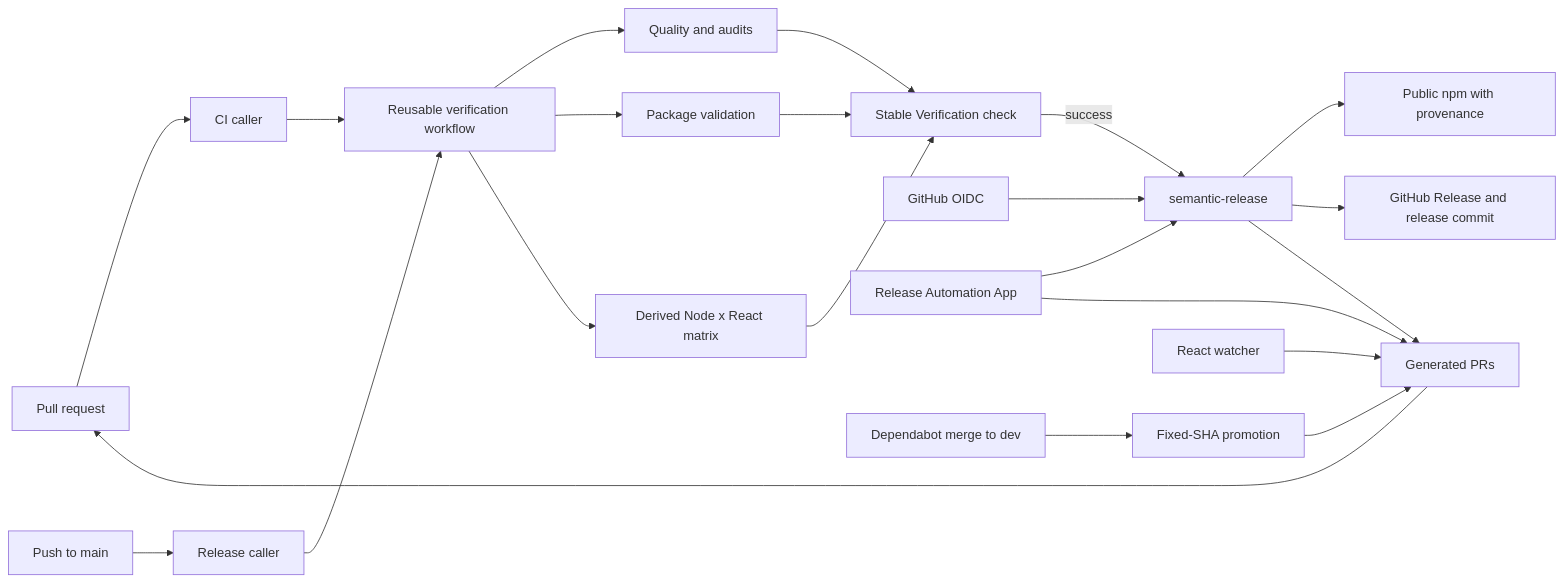
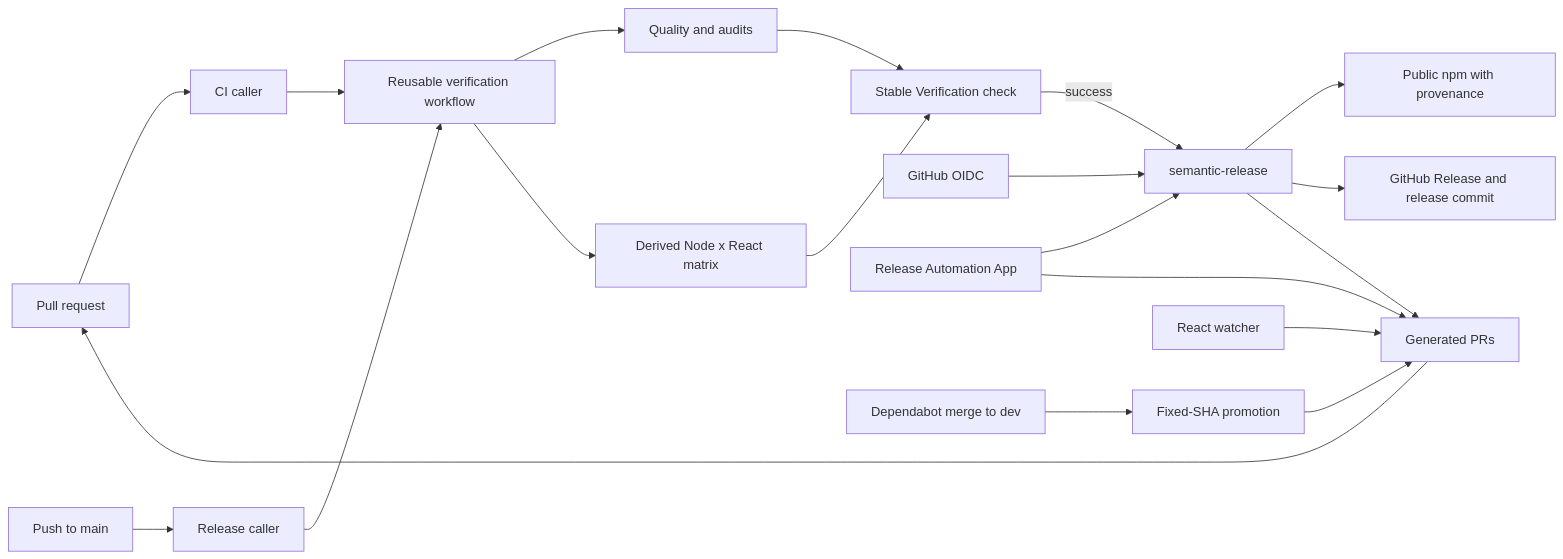
The second of 2 diagrams in docs/development/flow-stack-ci-modernization-plan.md (clalexander/flow-stack), drawn with Mermaid before and after one commit. The commit also changed other lines of this file and 1 other file, not shown here.

````diff
--- a/docs/development/flow-stack-ci-modernization-plan.md
+++ b/docs/development/flow-stack-ci-modernization-plan.md
@@ -347,24 +348,22 @@
 ```mermaid
 flowchart LR
   PR[Pull request] --> CI[CI caller]
   CI --> V[Reusable verification workflow]
   MP[Push to main] --> R[Release caller]
   R --> V
   V --> Q[Quality and audits]
-  V --> PM[Package validation]
   V --> MX[Derived Node x React matrix]
   Q --> A[Stable Verification check]
-  PM --> A
   MX --> A
   A -->|success| SR[semantic-release]
   OIDC[GitHub OIDC] --> SR
   APP[Release Automation App] --> SR
   SR --> NPM[Public npm with provenance]
   SR --> GH[GitHub Release and release commit]
   APP --> GP[Generated PRs]
   DB[Dependabot merge to dev] --> DP[Fixed-SHA promotion]
   DP --> GP
   RW[React watcher] --> GP
   SR --> GP
   GP --> PR
 ```
````
